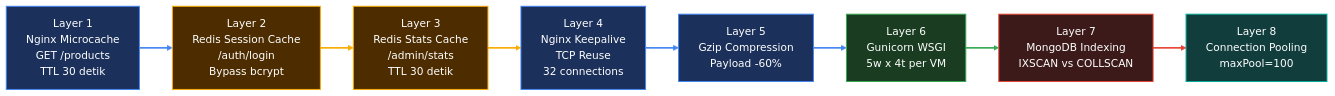
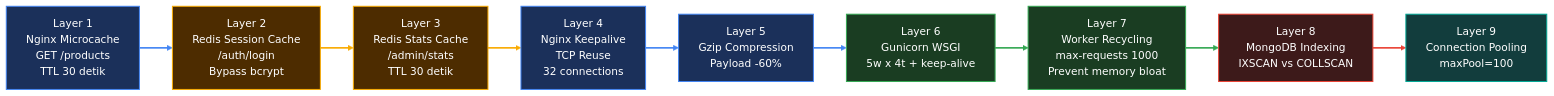
Before and after one commit to baboey/fp-tka-1: the third of 5 diagrams in README.md, drawn with Mermaid. The commit also changed other lines of this file and 6 other files, not shown here.

````diff
--- a/README.md
+++ b/README.md
@@ -213,27 +220,30 @@
 ```mermaid
 graph LR
     A["Layer 1<br/>Nginx Microcache<br/>GET /products<br/>TTL 30 detik"] --> B["Layer 2<br/>Redis Session Cache<br/>/auth/login<br/>Bypass bcrypt"]
     B --> C["Layer 3<br/>Redis Stats Cache<br/>/admin/stats<br/>TTL 30 detik"]
     C --> D["Layer 4<br/>Nginx Keepalive<br/>TCP Reuse<br/>32 connections"]
     D --> E["Layer 5<br/>Gzip Compression<br/>Payload -60%"]
-    E --> F["Layer 6<br/>Gunicorn WSGI<br/>5w x 4t per VM"]
-    F --> G["Layer 7<br/>MongoDB Indexing<br/>IXSCAN vs COLLSCAN"]
-    G --> H["Layer 8<br/>Connection Pooling<br/>maxPool=100"]
+    E --> F["Layer 6<br/>Gunicorn WSGI<br/>5w x 4t + keep-alive"]
+    F --> G["Layer 7<br/>Worker Recycling<br/>max-requests 1000<br/>Prevent memory bloat"]
+    G --> H["Layer 8<br/>MongoDB Indexing<br/>IXSCAN vs COLLSCAN"]
+    H --> I["Layer 9<br/>Connection Pooling<br/>maxPool=100"]
 
     style A fill:#1b305a,stroke:#4285F4,stroke-width:1.5px,color:#fff
     style B fill:#4d2c00,stroke:#F9AB00,stroke-width:1.5px,color:#fff
     style C fill:#4d2c00,stroke:#F9AB00,stroke-width:1.5px,color:#fff
     style D fill:#1b305a,stroke:#4285F4,stroke-width:1.5px,color:#fff
     style E fill:#1b305a,stroke:#4285F4,stroke-width:1.5px,color:#fff
     style F fill:#1a3d22,stroke:#34A853,stroke-width:1.5px,color:#fff
-    style G fill:#3d1a1a,stroke:#EA4335,stroke-width:1.5px,color:#fff
-    style H fill:#123d3d,stroke:#00A896,stroke-width:1.5px,color:#fff
+    style G fill:#1a3d22,stroke:#34A853,stroke-width:1.5px,color:#fff
+    style H fill:#3d1a1a,stroke:#EA4335,stroke-width:1.5px,color:#fff
+    style I fill:#123d3d,stroke:#00A896,stroke-width:1.5px,color:#fff
 
     linkStyle 0 stroke:#4285F4,stroke-width:2.5px
     linkStyle 1 stroke:#F9AB00,stroke-width:2.5px
     linkStyle 2 stroke:#F9AB00,stroke-width:2.5px
     linkStyle 3 stroke:#4285F4,stroke-width:2.5px
     linkStyle 4 stroke:#4285F4,stroke-width:2.5px
     linkStyle 5 stroke:#34A853,stroke-width:2.5px
-    linkStyle 6 stroke:#EA4335,stroke-width:2.5px
+    linkStyle 6 stroke:#34A853,stroke-width:2.5px
+    linkStyle 7 stroke:#EA4335,stroke-width:2.5px
 ```
````
